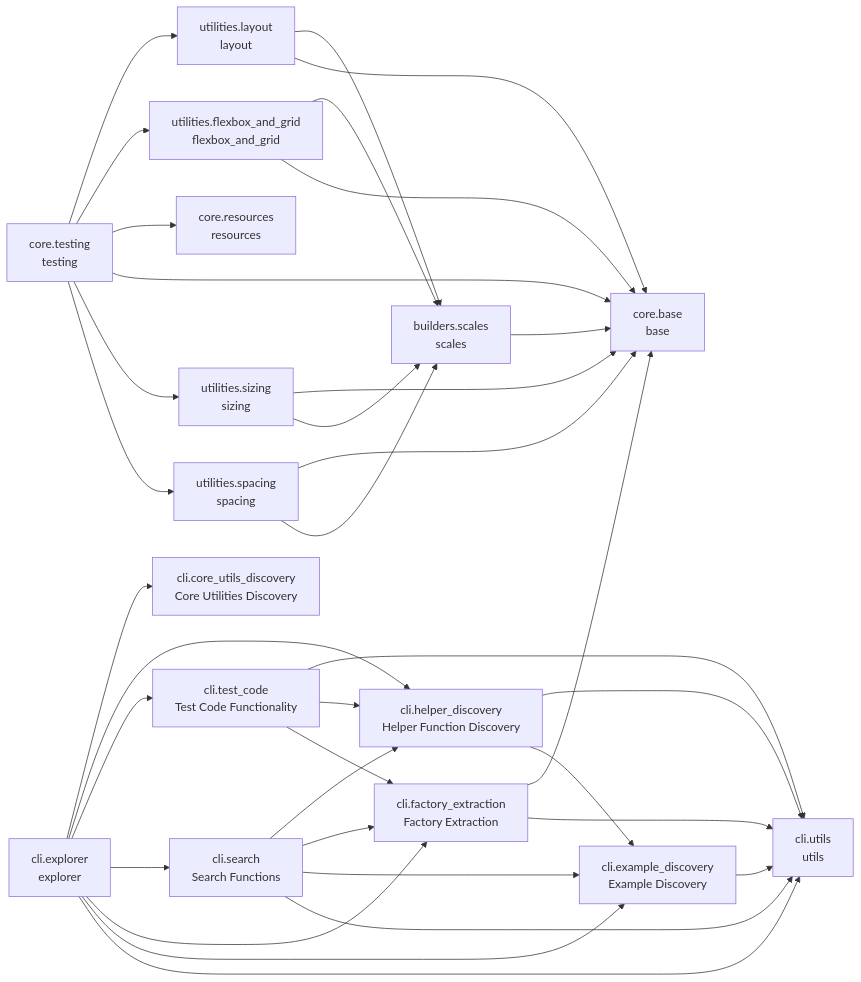
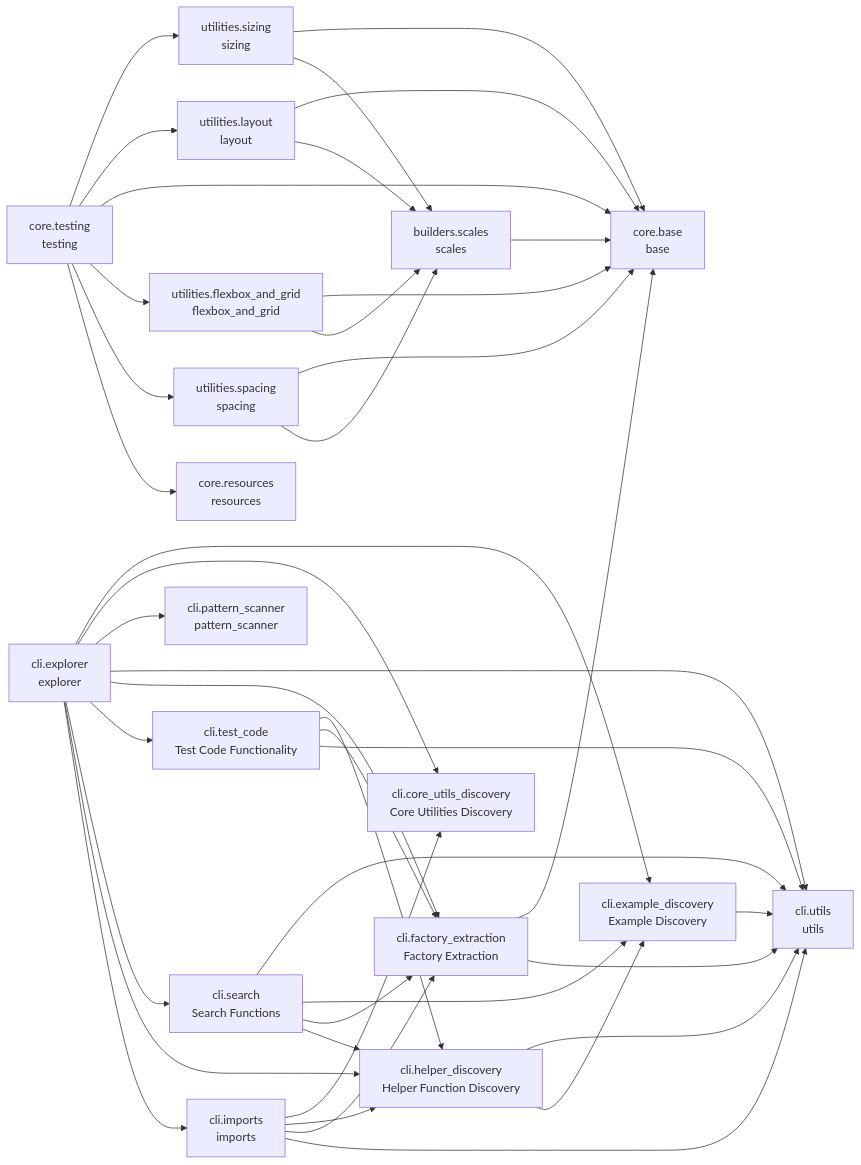
Before and after one commit to cj-mills/cjm-fasthtml-tailwind: the diagram in README.md, drawn with Mermaid. The commit also changed other lines of this file and 29 other files, not shown here.

````diff
--- a/README.md
+++ b/README.md
@@ -40,54 +42,62 @@
 ``` mermaid
 graph LR
     builders_scales[builders.scales<br/>scales]
     cli_core_utils_discovery[cli.core_utils_discovery<br/>Core Utilities Discovery]
     cli_example_discovery[cli.example_discovery<br/>Example Discovery]
     cli_explorer[cli.explorer<br/>explorer]
     cli_factory_extraction[cli.factory_extraction<br/>Factory Extraction]
     cli_helper_discovery[cli.helper_discovery<br/>Helper Function Discovery]
+    cli_imports[cli.imports<br/>imports]
+    cli_pattern_scanner[cli.pattern_scanner<br/>pattern_scanner]
     cli_search[cli.search<br/>Search Functions]
     cli_test_code[cli.test_code<br/>Test Code Functionality]
     cli_utils[cli.utils<br/>utils]
     core_base[core.base<br/>base]
     core_resources[core.resources<br/>resources]
     core_testing[core.testing<br/>testing]
     utilities_flexbox_and_grid[utilities.flexbox_and_grid<br/>flexbox_and_grid]
     utilities_layout[utilities.layout<br/>layout]
     utilities_sizing[utilities.sizing<br/>sizing]
     utilities_spacing[utilities.spacing<br/>spacing]
 
     builders_scales --> core_base
     cli_example_discovery --> cli_utils
+    cli_explorer --> cli_example_discovery
+    cli_explorer --> cli_core_utils_discovery
+    cli_explorer --> cli_pattern_scanner
     cli_explorer --> cli_utils
-    cli_explorer --> cli_example_discovery
     cli_explorer --> cli_factory_extraction
+    cli_explorer --> cli_test_code
     cli_explorer --> cli_search
-    cli_explorer --> cli_test_code
     cli_explorer --> cli_helper_discovery
-    cli_explorer --> cli_core_utils_discovery
+    cli_explorer --> cli_imports
+    cli_factory_extraction --> core_base
     cli_factory_extraction --> cli_utils
-    cli_factory_extraction --> core_base
+    cli_helper_discovery --> cli_utils
     cli_helper_discovery --> cli_example_discovery
-    cli_helper_discovery --> cli_utils
+    cli_imports --> cli_core_utils_discovery
+    cli_imports --> cli_helper_discovery
+    cli_imports --> cli_factory_extraction
+    cli_imports --> cli_utils
     cli_search --> cli_utils
     cli_search --> cli_example_discovery
     cli_search --> cli_factory_extraction
     cli_search --> cli_helper_discovery
+    cli_test_code --> cli_helper_discovery
     cli_test_code --> cli_factory_extraction
-    cli_test_code --> cli_helper_discovery
     cli_test_code --> cli_utils
+    core_testing --> utilities_sizing
+    core_testing --> utilities_layout
+    core_testing --> core_base
+    core_testing --> utilities_flexbox_and_grid
     core_testing --> utilities_spacing
-    core_testing --> utilities_sizing
-    core_testing --> core_base
     core_testing --> core_resources
-    core_testing --> utilities_flexbox_and_grid
-    core_testing --> utilities_layout
     utilities_flexbox_and_grid --> core_base
     utilities_flexbox_and_grid --> builders_scales
     utilities_layout --> core_base
     utilities_layout --> builders_scales
+    utilities_sizing --> core_base
     utilities_sizing --> builders_scales
-    utilities_sizing --> core_base
+    utilities_spacing --> core_base
     utilities_spacing --> builders_scales
-    utilities_spacing --> core_base
 ```
````
